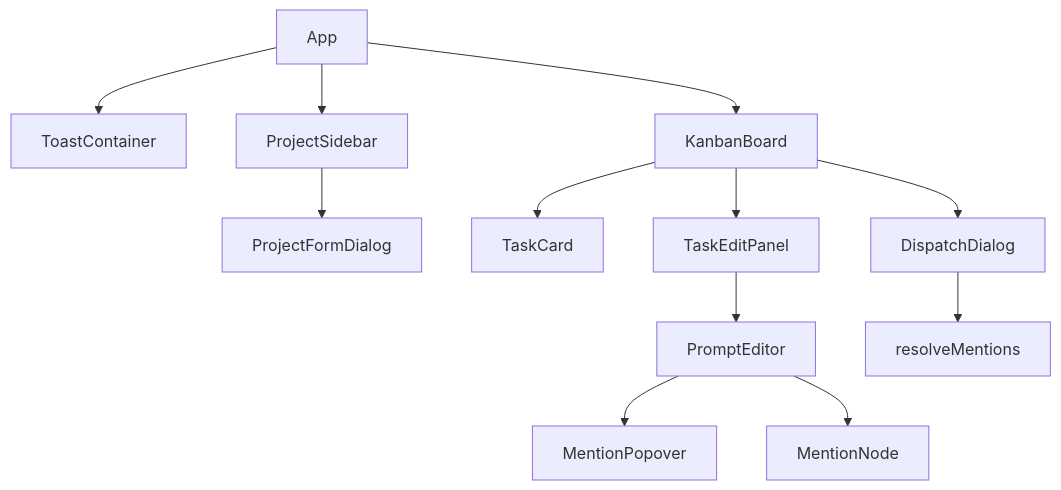
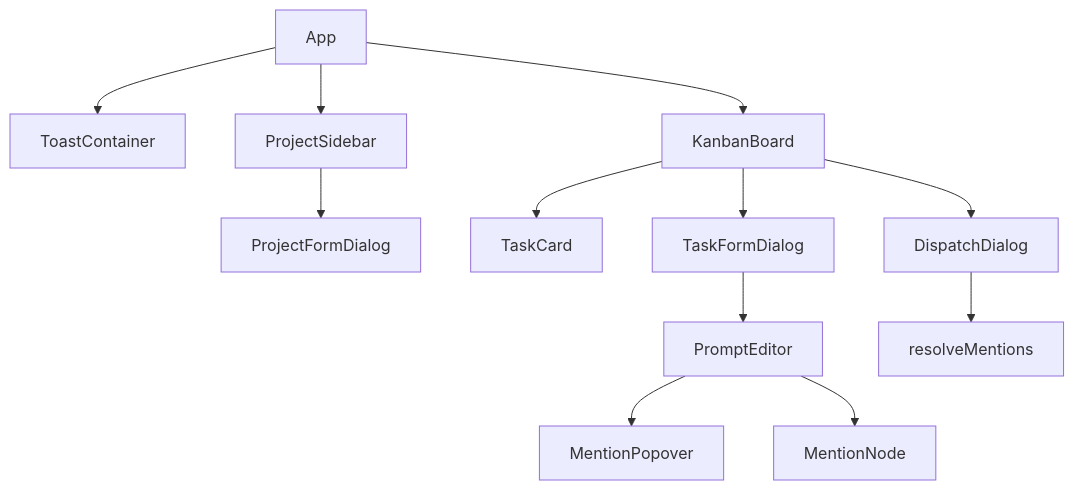
Before and after one commit to legendxcheng/ContextSwitcher: the second of 3 diagrams in kanban_code_structure.md, drawn with Mermaid. The commit also changed other lines of this file and 14 other files, not shown here.

Commit message:
feat(kanban): unify task creation and editing in centered dialog

````diff
--- a/kanban_code_structure.md
+++ b/kanban_code_structure.md
@@ -131,14 +130,14 @@
 ```mermaid
 flowchart TD
     App --> ToastContainer
     App --> ProjectSidebar
     ProjectSidebar --> ProjectFormDialog
     App --> KanbanBoard
     KanbanBoard --> TaskCard
-    KanbanBoard --> TaskEditPanel
+    KanbanBoard --> TaskFormDialog
     KanbanBoard --> DispatchDialog
-    TaskEditPanel --> PromptEditor
+    TaskFormDialog --> PromptEditor
     PromptEditor --> MentionPopover
     PromptEditor --> MentionNode
     DispatchDialog --> resolveMentions
 ```
````
